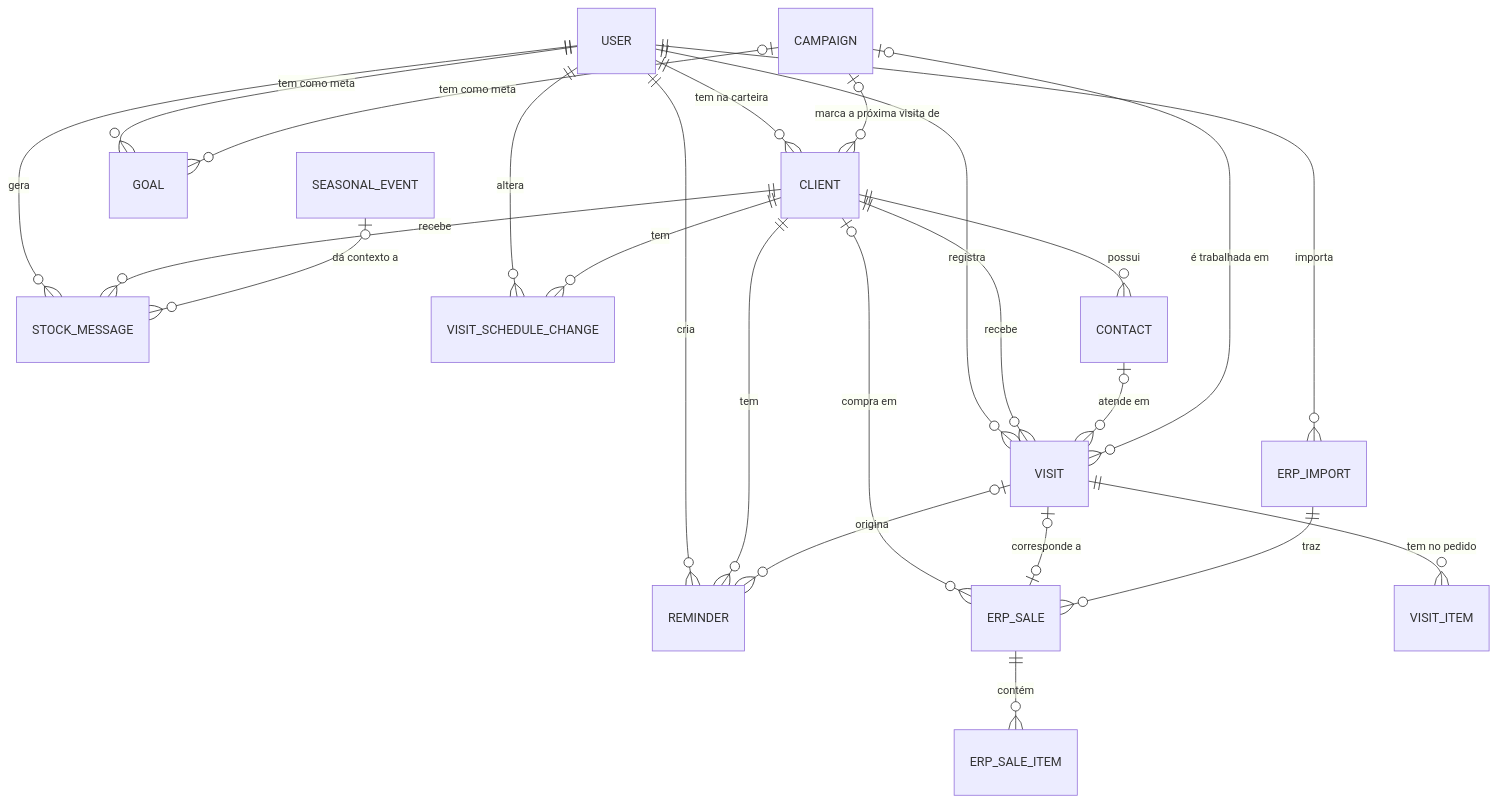
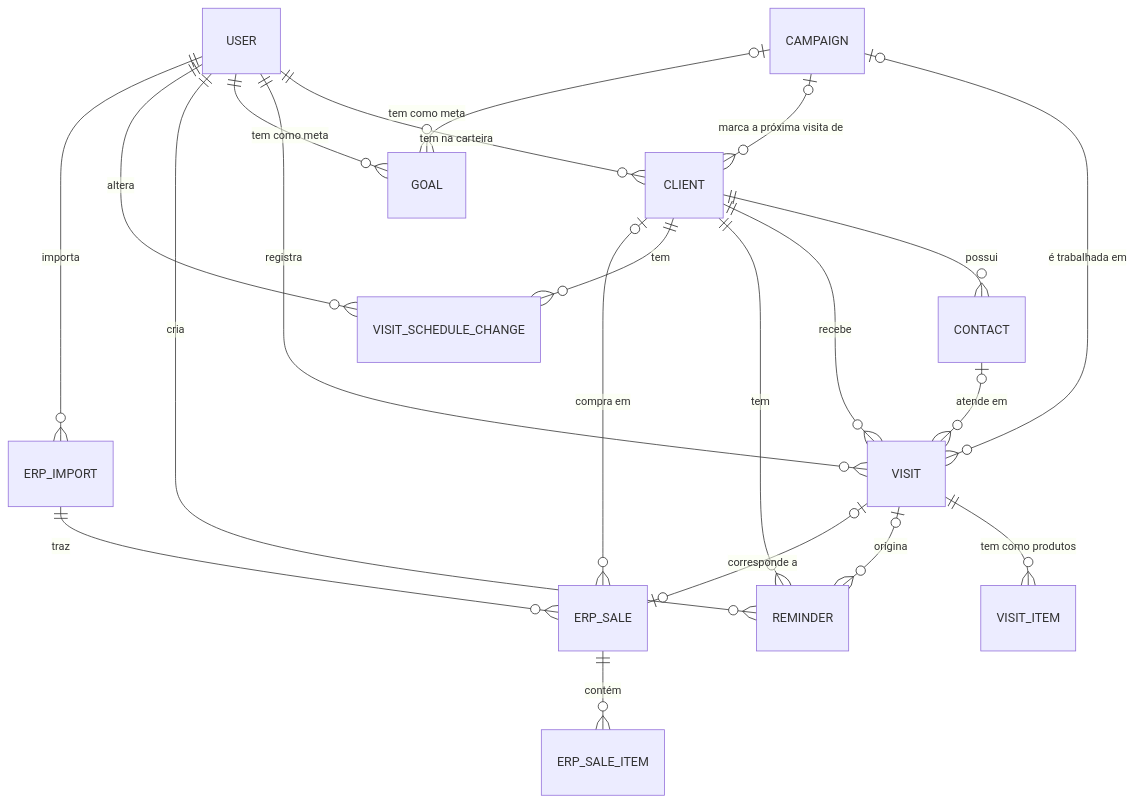
The diagram in docs/modelo-de-dados.md (dudapetzinger/CHOKOCRM), drawn with Mermaid before and after one commit. The commit also changed other lines of this file and 5 other files, not shown here.

````diff
--- a/docs/modelo-de-dados.md
+++ b/docs/modelo-de-dados.md
@@ -29,30 +29,27 @@
 ```mermaid
 erDiagram
     USER ||--o{ CLIENT : "tem na carteira"
     USER ||--o{ VISIT : "registra"
     USER ||--o{ GOAL : "tem como meta"
     USER ||--o{ REMINDER : "cria"
-    USER ||--o{ STOCK_MESSAGE : "gera"
     USER ||--o{ VISIT_SCHEDULE_CHANGE : "altera"
     USER ||--o{ ERP_IMPORT : "importa"
 
     CLIENT ||--o{ CONTACT : "possui"
     CLIENT ||--o{ VISIT : "recebe"
     CLIENT ||--o{ REMINDER : "tem"
-    CLIENT ||--o{ STOCK_MESSAGE : "recebe"
     CLIENT ||--o{ VISIT_SCHEDULE_CHANGE : "tem"
     CLIENT |o--o{ ERP_SALE : "compra em"
 
     CONTACT |o--o{ VISIT : "atende em"
-    VISIT ||--o{ VISIT_ITEM : "tem no pedido"
+    VISIT ||--o{ VISIT_ITEM : "tem como produtos"
     VISIT |o--o{ REMINDER : "origina"
     VISIT |o--o| ERP_SALE : "corresponde a"
 
     CAMPAIGN |o--o{ VISIT : "é trabalhada em"
     CAMPAIGN |o--o{ CLIENT : "marca a próxima visita de"
     CAMPAIGN |o--o{ GOAL : "tem como meta"
-    SEASONAL_EVENT |o--o{ STOCK_MESSAGE : "dá contexto a"
 
     ERP_IMPORT ||--o{ ERP_SALE : "traz"
     ERP_SALE ||--o{ ERP_SALE_ITEM : "contém"
 ```
````
